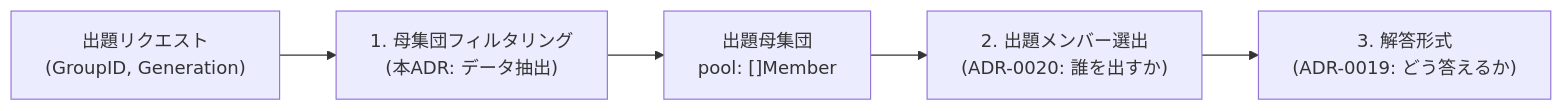
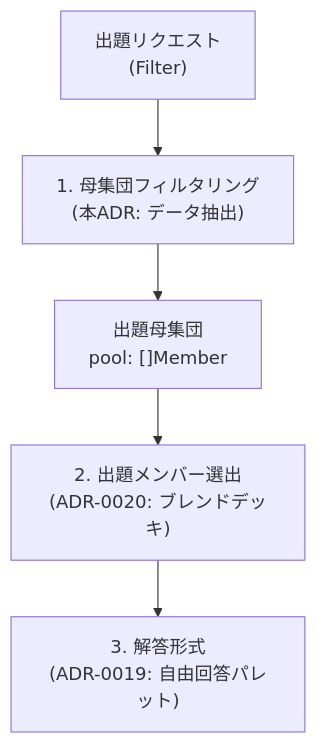
The diagram in adr/0018-quiz-candidate-pool-filtering-architecture.md (AobaIwaki123/penlight-v2), drawn with Mermaid before and after one commit. The commit also changed other lines of this file and 13 other files, not shown here.

Commit message:
feat: implement candidate pool filter, blended deck generator, and free palette judge

````diff
--- a/adr/0018-quiz-candidate-pool-filtering-architecture.md
+++ b/adr/0018-quiz-candidate-pool-filtering-architecture.md
@@ -22,7 +22,7 @@
 ```mermaid
-flowchart LR
-    Request["出題リクエスト<br/>(GroupID, Generation)"] --> Filter["1. 母集団フィルタリング<br/>(本ADR: データ抽出)"]
+flowchart TD
+    Request["出題リクエスト<br/>(Filter)"] --> Filter["1. 母集団フィルタリング<br/>(本ADR: データ抽出)"]
     Filter --> Pool["出題母集団<br/>pool: []Member"]
-    Pool --> Target["2. 出題メンバー選出<br/>(ADR-0020: 誰を出すか)"]
-    Target --> Format["3. 解答形式<br/>(ADR-0019: どう答えるか)"]
+    Pool --> Target["2. 出題メンバー選出<br/>(ADR-0020: ブレンドデッキ)"]
+    Target --> Format["3. 解答形式<br/>(ADR-0019: 自由回答パレット)"]
 ```
````
